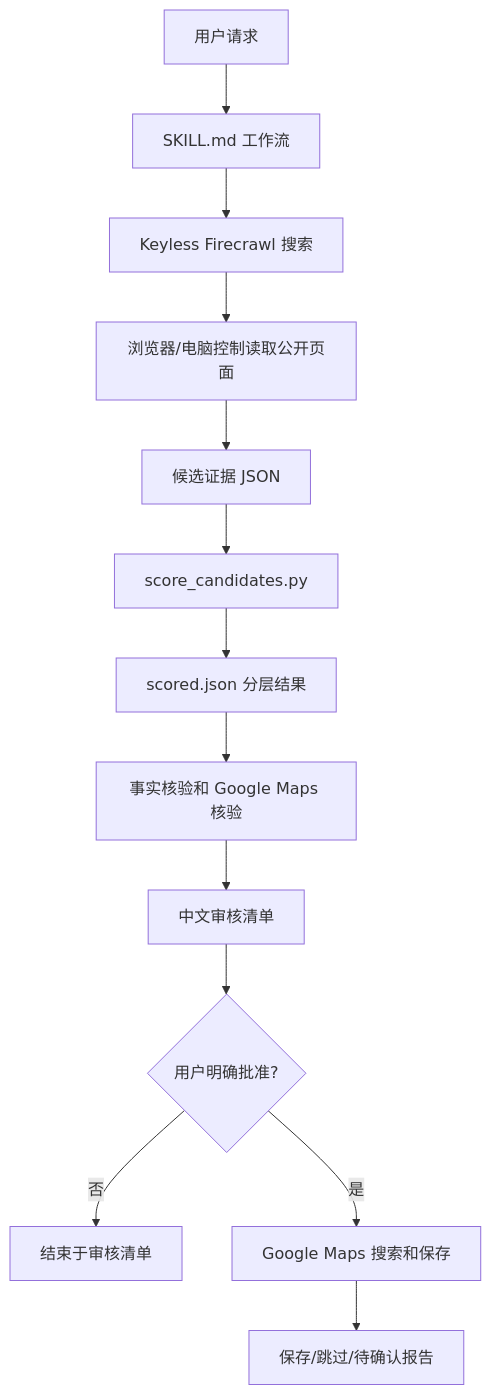
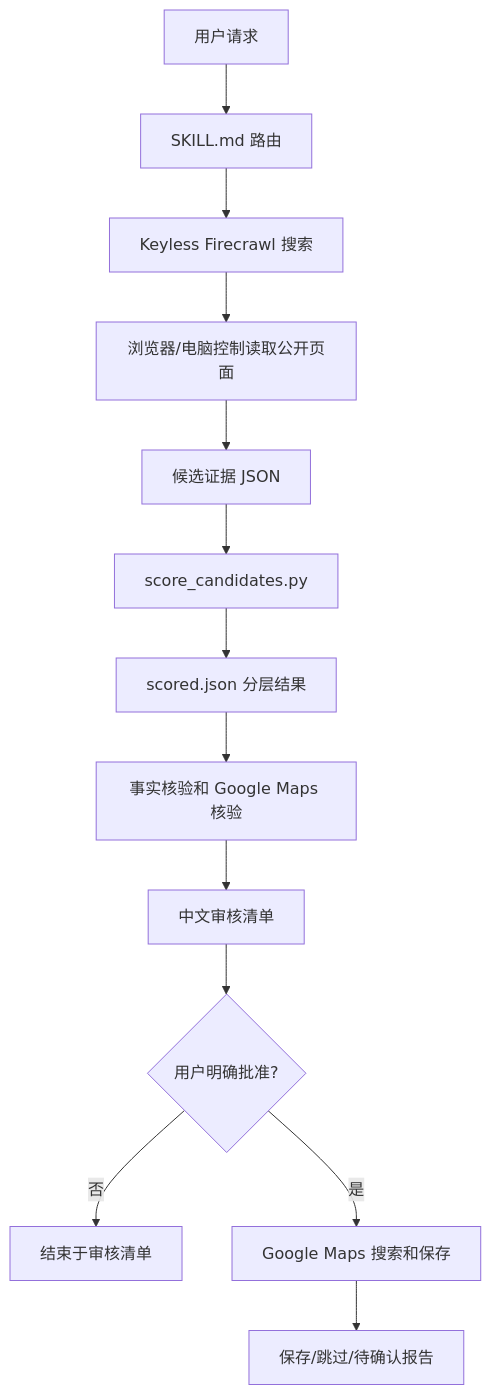
The diagram in travel-research-maps/docs/planning/architecture.md (Jerryszz02/szz-Skills), drawn with Mermaid before and after one commit. The commit also changed other lines of this file and 19 other files, not shown here.

````diff
--- a/travel-research-maps/docs/planning/architecture.md
+++ b/travel-research-maps/docs/planning/architecture.md
@@ -23,15 +23,15 @@
 ```mermaid
 flowchart TD
-    A["用户请求"] --> B["SKILL.md 工作流"]
+    A["用户请求"] --> B["SKILL.md 路由"]
     B --> C["Keyless Firecrawl 搜索"]
     C --> D["浏览器/电脑控制读取公开页面"]
     D --> E["候选证据 JSON"]
     E --> F["score_candidates.py"]
     F --> G["scored.json 分层结果"]
     G --> H["事实核验和 Google Maps 核验"]
     H --> I["中文审核清单"]
     I --> J{"用户明确批准?"}
     J -- "否" --> K["结束于审核清单"]
     J -- "是" --> L["Google Maps 搜索和保存"]
     L --> M["保存/跳过/待确认报告"]
 ```
````
